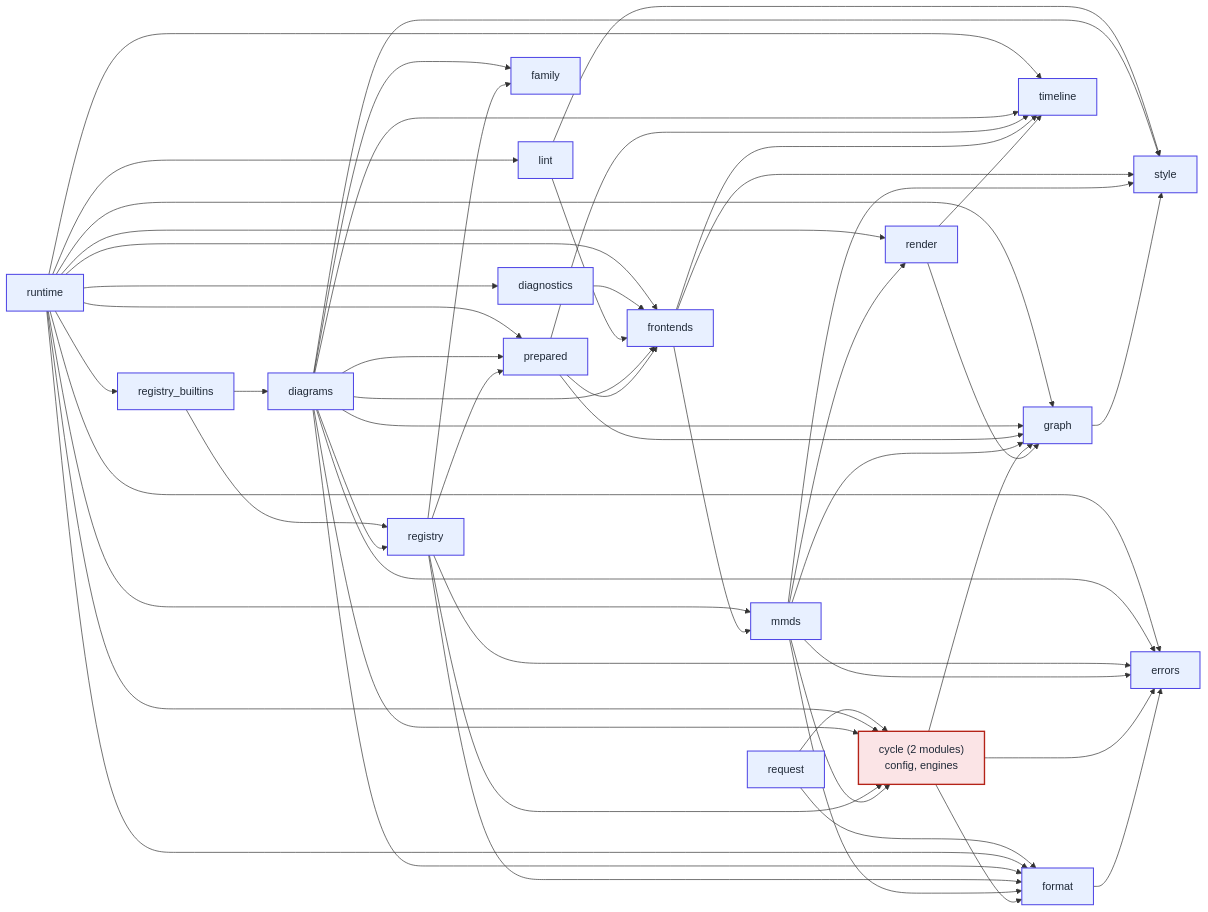
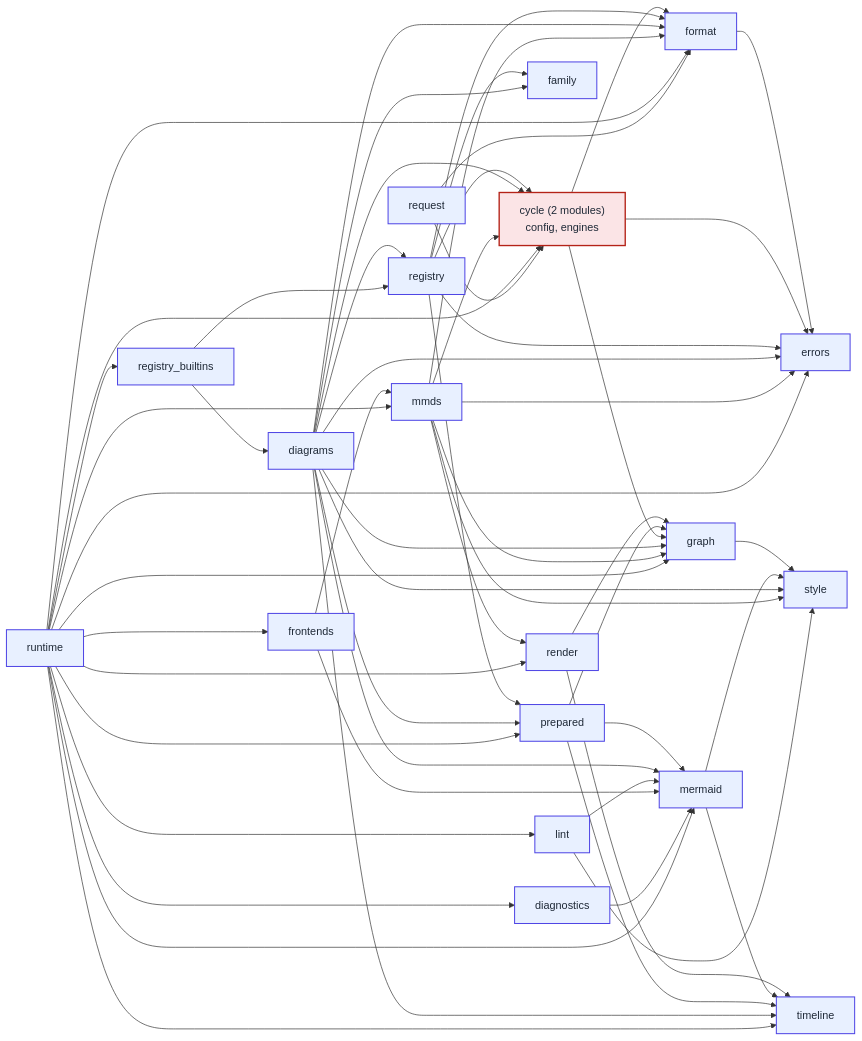
One commit to kevinswiber/mmdflux changed the diagram in docs/architecture/module-dependency-scc-dag.mmd. Above: the diagram before and after it, drawn with Mermaid. The commit also changed 66 other files, not shown here.

Commit message:
Promote Mermaid to a top-level module

```diff
--- a/docs/architecture/module-dependency-scc-dag.mmd
+++ b/docs/architecture/module-dependency-scc-dag.mmd
@@ -1,81 +1,84 @@
 %% Generated by scripts/generate-rust-module-deps-scc.py
 %% crate-root: src/lib.rs
 %% max-depth: 1
-%% component-count: 18
+%% component-count: 19
 %% largest-scc-size: 2
 flowchart LR
-    scc_16["request"]
-    scc_17["runtime"]
-    scc_9["diagnostics"]
-    scc_14["lint"]
-    scc_15["registry_builtins"]
-    scc_13["diagrams"]
-    scc_12["registry"]
-    scc_10["family"]
-    scc_11["prepared"]
-    scc_8["frontends"]
-    scc_7["mmds"]
+    scc_17["request"]
+    scc_18["runtime"]
+    scc_7["diagnostics"]
+    scc_14["frontends"]
+    scc_15["lint"]
+    scc_13["mmds"]
+    scc_16["registry_builtins"]
+    scc_11["diagrams"]
+    scc_10["registry"]
     scc_4["cycle (2 modules)<br/>config, engines"]
+    scc_8["family"]
     scc_1["format"]
     scc_0["errors"]
-    scc_6["render"]
+    scc_9["prepared"]
+    scc_6["mermaid"]
+    scc_12["render"]
     scc_3["graph"]
     scc_2["style"]
     scc_5["timeline"]
-    scc_16 --> scc_1
-    scc_16 --> scc_4
-    scc_17 --> scc_0
     scc_17 --> scc_1
-    scc_17 --> scc_3
     scc_17 --> scc_4
-    scc_17 --> scc_5
-    scc_17 --> scc_6
-    scc_17 --> scc_7
-    scc_17 --> scc_8
-    scc_17 --> scc_9
-    scc_17 --> scc_11
-    scc_17 --> scc_14
-    scc_17 --> scc_15
-    scc_9 --> scc_8
-    scc_14 --> scc_2
-    scc_14 --> scc_8
-    scc_15 --> scc_12
-    scc_15 --> scc_13
+    scc_18 --> scc_0
+    scc_18 --> scc_1
+    scc_18 --> scc_3
+    scc_18 --> scc_4
+    scc_18 --> scc_5
+    scc_18 --> scc_6
+    scc_18 --> scc_7
+    scc_18 --> scc_9
+    scc_18 --> scc_12
+    scc_18 --> scc_13
+    scc_18 --> scc_14
+    scc_18 --> scc_15
+    scc_18 --> scc_16
+    scc_7 --> scc_6
+    scc_14 --> scc_6
+    scc_14 --> scc_13
+    scc_15 --> scc_2
+    scc_15 --> scc_6
     scc_13 --> scc_0
     scc_13 --> scc_1
     scc_13 --> scc_2
     scc_13 --> scc_3
     scc_13 --> scc_4
-    scc_13 --> scc_5
-    scc_13 --> scc_8
-    scc_13 --> scc_10
-    scc_13 --> scc_11
     scc_13 --> scc_12
-    scc_12 --> scc_0
-    scc_12 --> scc_1
-    scc_12 --> scc_4
-    scc_12 --> scc_10
-    scc_12 --> scc_11
+    scc_16 --> scc_10
+    scc_16 --> scc_11
+    scc_11 --> scc_0
+    scc_11 --> scc_1
+    scc_11 --> scc_2
     scc_11 --> scc_3
+    scc_11 --> scc_4
     scc_11 --> scc_5
+    scc_11 --> scc_6
     scc_11 --> scc_8
-    scc_8 --> scc_2
-    scc_8 --> scc_5
-    scc_8 --> scc_7
-    scc_7 --> scc_0
-    scc_7 --> scc_1
-    scc_7 --> scc_2
-    scc_7 --> scc_3
-    scc_7 --> scc_4
-    scc_7 --> scc_6
+    scc_11 --> scc_9
+    scc_11 --> scc_10
+    scc_10 --> scc_0
+    scc_10 --> scc_1
+    scc_10 --> scc_4
+    scc_10 --> scc_8
+    scc_10 --> scc_9
     scc_4 --> scc_0
     scc_4 --> scc_1
     scc_4 --> scc_3
     scc_1 --> scc_0
-    scc_6 --> scc_3
+    scc_9 --> scc_3
+    scc_9 --> scc_5
+    scc_9 --> scc_6
+    scc_6 --> scc_2
     scc_6 --> scc_5
+    scc_12 --> scc_3
+    scc_12 --> scc_5
     scc_3 --> scc_2
     classDef cycle fill:#fbe4e6,stroke:#b42318,stroke-width:2px,color:#1f2937;
     classDef singleton fill:#e8f0ff,stroke:#4f46e5,stroke-width:1.5px,color:#1f2937;
     class scc_4 cycle;
-    class scc_0,scc_1,scc_2,scc_3,scc_5,scc_6,scc_7,scc_8,scc_9,scc_10,scc_11,scc_12,scc_13,scc_14,scc_15,scc_16,scc_17 singleton;
+    class scc_0,scc_1,scc_2,scc_3,scc_5,scc_6,scc_7,scc_8,scc_9,scc_10,scc_11,scc_12,scc_13,scc_14,scc_15,scc_16,scc_17,scc_18 singleton;
```
